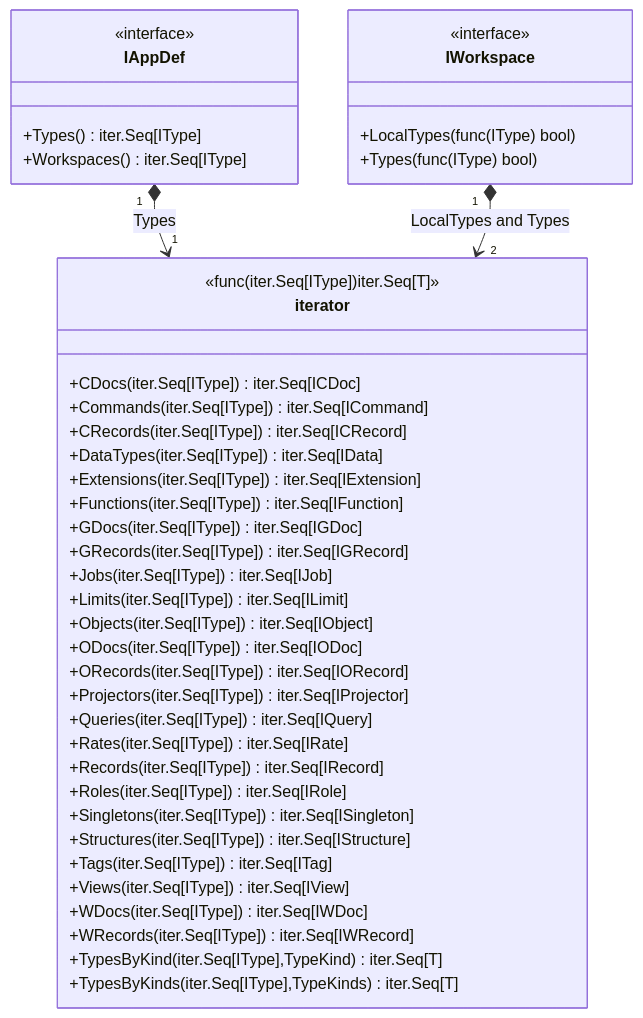
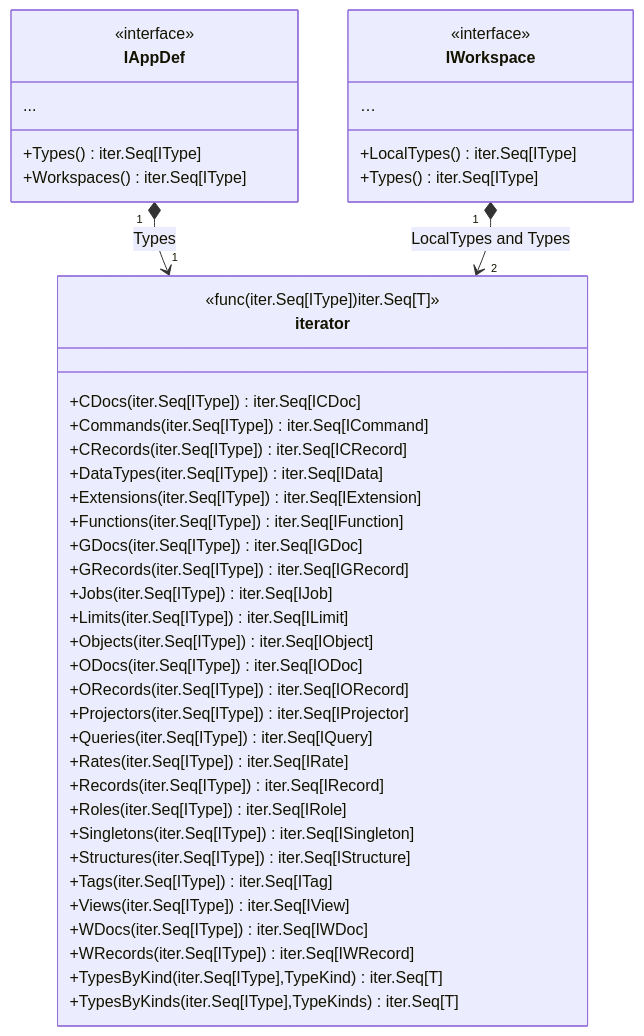
One commit to voedger/voedger changed the second of 9 diagrams in pkg/appdef/README.md. Above: the diagram before and after it, drawn with Mermaid. The commit also changed other lines of this file, not shown here.

````diff
--- a/pkg/appdef/README.md
+++ b/pkg/appdef/README.md
@@ -201,50 +200,52 @@
 ```mermaid
 classDiagram
 
   class IAppDef {
     <<interface>>
     +Types() iter.Seq[IType]
     +Workspaces() iter.Seq[IType]
+    ...
   }
   IAppDef "1" *--> "1" iterator : Types
 
   class IWorkspace {
     <<interface>>
-    +LocalTypes(func(IType) bool)
-    +Types(func(IType) bool)
+    +LocalTypes()iter.Seq[IType]
+    +Types()iter.Seq[IType]
+    …
   }
   IWorkspace "1" *--> "2" iterator : LocalTypes and Types
 
   class iterator {
     <<func(iter.Seq[IType])iter.Seq[T]>>
     
     +CDocs(iter.Seq[IType]) iter.Seq[ICDoc]
     +Commands(iter.Seq[IType]) iter.Seq[ICommand]
     +CRecords(iter.Seq[IType]) iter.Seq[ICRecord]
     +DataTypes(iter.Seq[IType]) iter.Seq[IData]
     +Extensions(iter.Seq[IType]) iter.Seq[IExtension]
     +Functions(iter.Seq[IType]) iter.Seq[IFunction]
     +GDocs(iter.Seq[IType]) iter.Seq[IGDoc]
     +GRecords(iter.Seq[IType]) iter.Seq[IGRecord]
     +Jobs(iter.Seq[IType]) iter.Seq[IJob]
     +Limits(iter.Seq[IType]) iter.Seq[ILimit]
     +Objects(iter.Seq[IType]) iter.Seq[IObject]
     +ODocs(iter.Seq[IType]) iter.Seq[IODoc]
     +ORecords(iter.Seq[IType]) iter.Seq[IORecord]
     +Projectors(iter.Seq[IType]) iter.Seq[IProjector]
     +Queries(iter.Seq[IType]) iter.Seq[IQuery]
     +Rates(iter.Seq[IType]) iter.Seq[IRate]
     +Records(iter.Seq[IType]) iter.Seq[IRecord]
     +Roles(iter.Seq[IType]) iter.Seq[IRole]
     +Singletons(iter.Seq[IType]) iter.Seq[ISingleton]
     +Structures(iter.Seq[IType]) iter.Seq[IStructure]
     +Tags(iter.Seq[IType]) iter.Seq[ITag]
     +Views(iter.Seq[IType]) iter.Seq[IView]
     +WDocs(iter.Seq[IType]) iter.Seq[IWDoc]
     +WRecords(iter.Seq[IType]) iter.Seq[IWRecord]
 
     +TypesByKind(iter.Seq[IType],TypeKind) iter.Seq[T]
     +TypesByKinds(iter.Seq[IType],TypeKinds) iter.Seq[T]
   }
 
 ```
````
